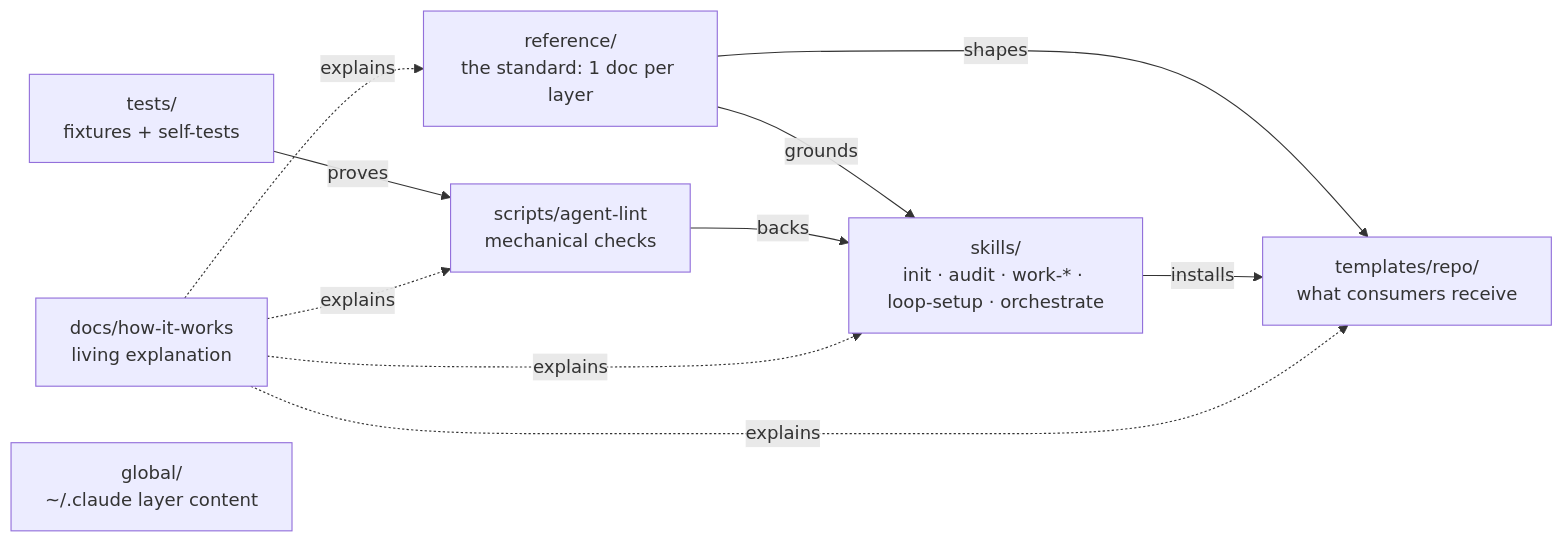
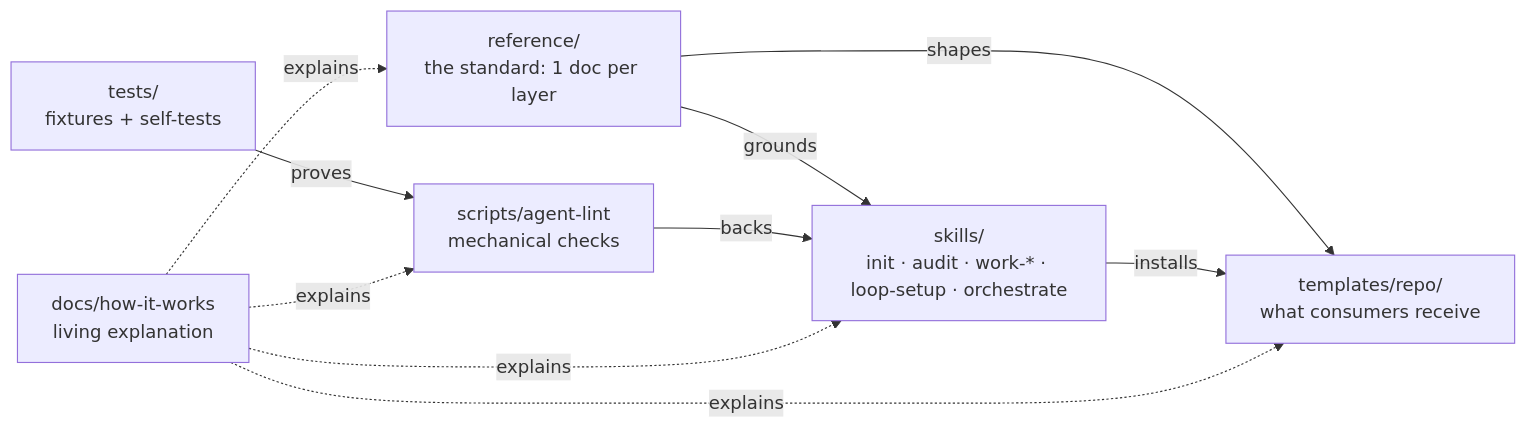
Before and after one commit to bygama/Agent-Engineering: the first of 2 diagrams in docs/how-it-works/architecture.md, drawn with Mermaid. The commit also changed other lines of this file and 1 other file, not shown here.

First line of the commit message:
docs(global): architecture — drop the global/ node and section, rehome the layer

````diff
--- a/docs/how-it-works/architecture.md
+++ b/docs/how-it-works/architecture.md
@@ -17,10 +17,9 @@
 ```mermaid
 flowchart LR
     REF["reference/<br/>the standard: 1 doc per layer"] -->|grounds| SK["skills/<br/>init · audit · work-* · loop-setup · orchestrate"]
     REF -->|shapes| TPL["templates/repo/<br/>what consumers receive"]
     SK -->|installs| TPL
     SCR["scripts/agent-lint<br/>mechanical checks"] -->|backs| SK
     TST["tests/<br/>fixtures + self-tests"] -->|proves| SCR
     DOCS["docs/how-it-works<br/>living explanation"] -.->|explains| REF & SK & TPL & SCR
-    GLB["global/<br/>~/.claude layer content"]
 ```
````
